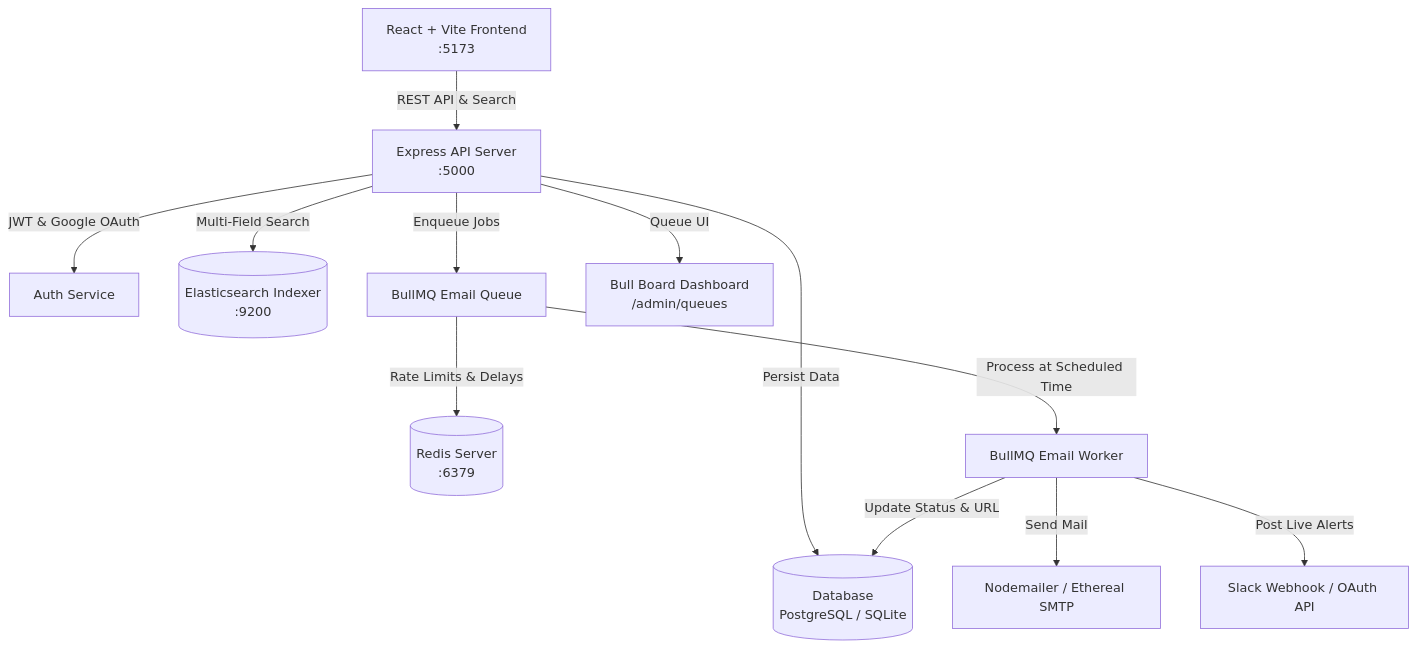
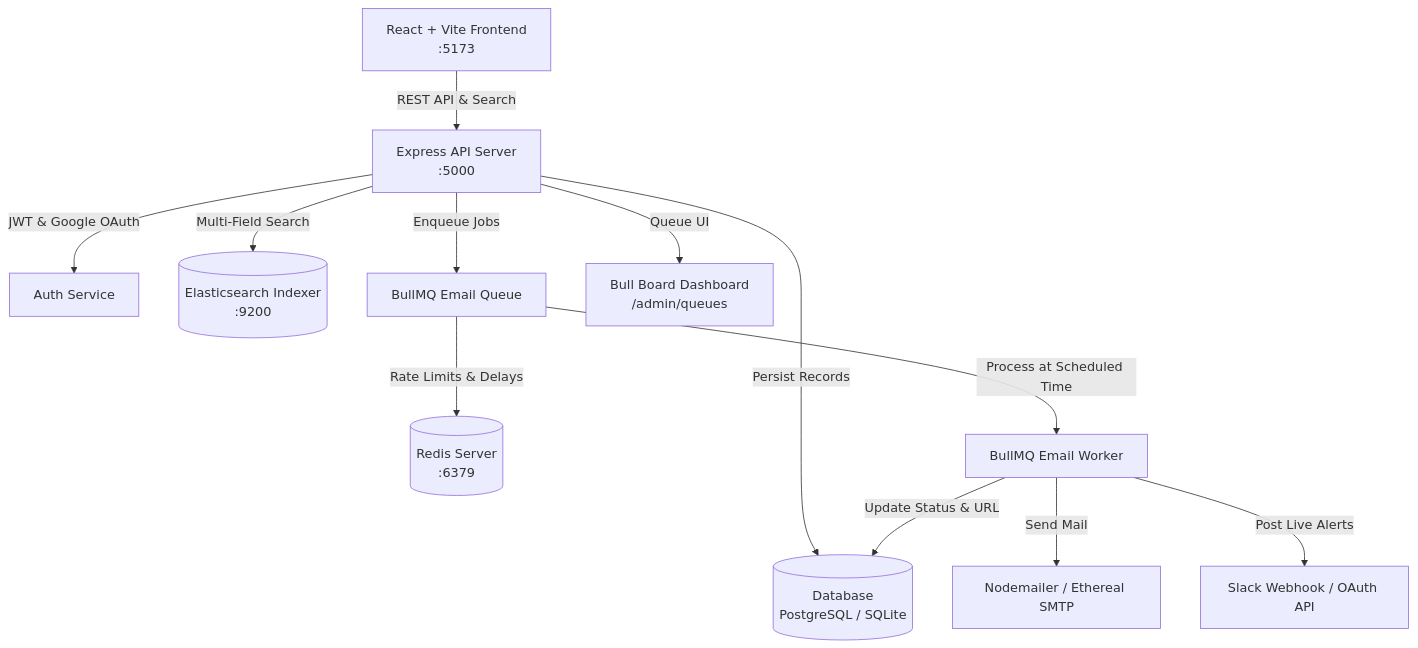
Before and after one commit to Harsh123-k/ResearchInbox-Email-Outreach-SaaS: the diagram in README.md, drawn with Mermaid. The commit also changed other lines of this file and 2 other files, not shown here.

````diff
--- a/README.md
+++ b/README.md
@@ -60,14 +112,14 @@
 ```mermaid
 graph TD
     Client[React + Vite Frontend\n:5173] -->|REST API & Search| API[Express API Server\n:5000]
     API -->|JWT & Google OAuth| Auth[Auth Service]
-    API -->|Persist Data| DB[(Database\nPostgreSQL / SQLite)]
+    API -->|Persist Records| DB[(Database\nPostgreSQL / SQLite)]
     API -->|Multi-Field Search| ES[(Elasticsearch Indexer\n:9200)]
     API -->|Enqueue Jobs| Queue[BullMQ Email Queue]
     Queue -->|Rate Limits & Delays| Redis[(Redis Server\n:6379)]
     Queue -->|Process at Scheduled Time| Worker[BullMQ Email Worker]
     Worker -->|Send Mail| SMTP[Nodemailer / Ethereal SMTP]
     Worker -->|Post Live Alerts| Slack[Slack Webhook / OAuth API]
     Worker -->|Update Status & URL| DB
     API -->|Queue UI| BullBoard[Bull Board Dashboard\n/admin/queues]
 ```
````
